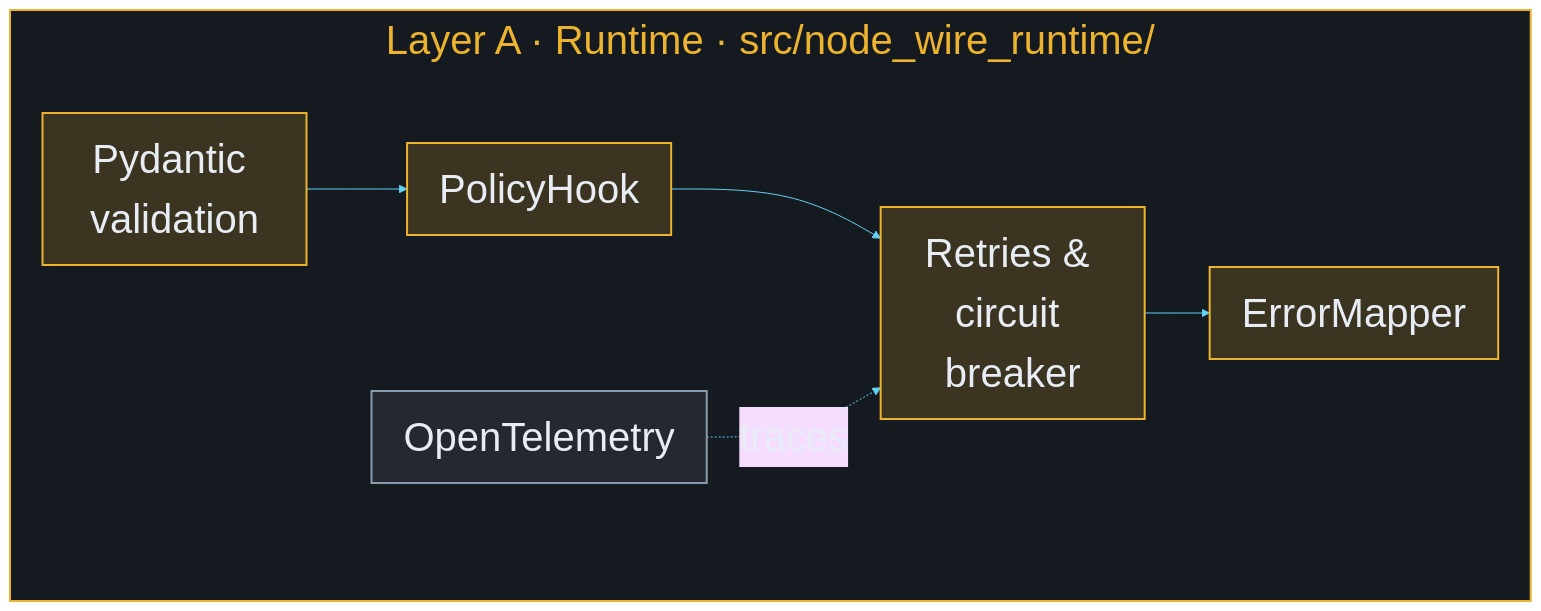
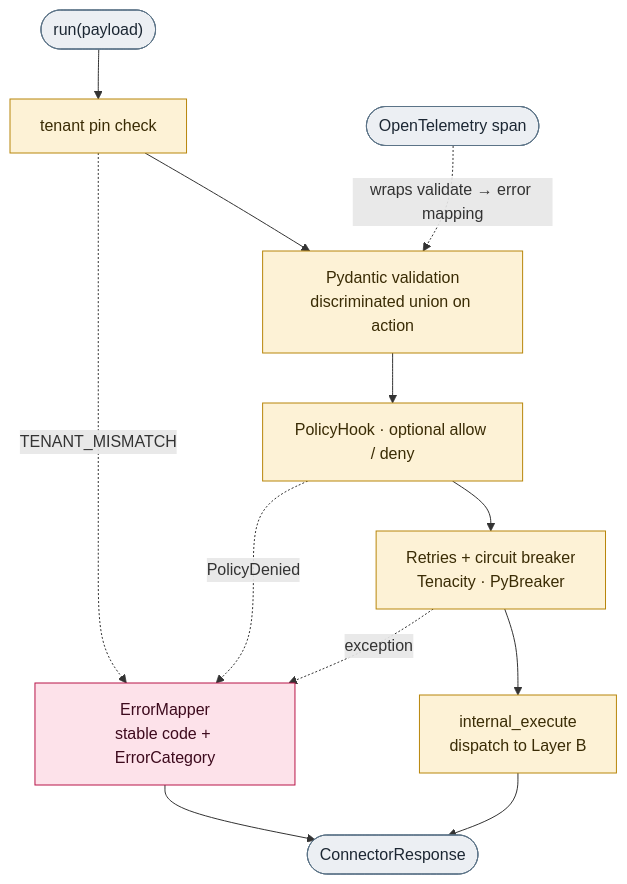
Before and after one commit to AOT-Technologies/node-wire: the third of 3 diagrams in docs/architecture.md, drawn with Mermaid. The commit also changed other lines of this file and 27 other files, not shown here.

````diff
--- a/docs/architecture.md
+++ b/docs/architecture.md
@@ -74,23 +129,27 @@
 ```mermaid
-%%{init: {"theme": "base", "themeVariables": {"fontSize": "40px", "fontFamily": "Inter, system-ui, sans-serif", "primaryTextColor": "#E8EDF5", "lineColor": "#62d2f5"}, "flowchart": {"nodeSpacing": 156, "rankSpacing": 40, "padding": 16}}}%%
-flowchart LR
-    subgraph layerA ["Layer A · Runtime · src/node_wire_runtime/"]
-        direction LR
-        Validate["Pydantic validation"]
-        Policy["PolicyHook"]
-        Resilience["Retries & circuit breaker"]
-        Errors["ErrorMapper"]
-        Otel["OpenTelemetry"]
-    end
+flowchart TB
+    In(["run(payload)"]) --> Pin["tenant pin check"]
+    Pin --> Val
+    Pin -. "TENANT_MISMATCH" .-> Err
 
-    Validate --> Policy
-    Policy --> Resilience
-    Resilience --> Errors
-    Otel -. "traces" .-> Resilience
+    Val["Pydantic validation<br/>discriminated union on action"]
+    Pol["PolicyHook · optional allow / deny"]
+    Res["Retries + circuit breaker<br/>Tenacity · PyBreaker"]
+    Exec["internal_execute<br/>dispatch to Layer B"]
+    Val --> Pol --> Res --> Exec
+    Otel(["OpenTelemetry span"]) -. "wraps validate → error mapping" .-> Val
 
-    classDef runtime fill:#3a3420,stroke:#ecb32e,stroke-width:2px,color:#E8EDF5
-    classDef telemetry fill:#242930,stroke:#8A9BAC,stroke-width:2px,color:#E8EDF5
-    class Validate,Policy,Resilience,Errors runtime
-    class Otel telemetry
-    style layerA fill:#151920,stroke:#ecb32e,stroke-width:2px,color:#ecb32e
+    Err["ErrorMapper<br/>stable code + ErrorCategory"]
+    Pol -. "PolicyDenied" .-> Err
+    Res -. "exception" .-> Err
+    Exec --> Out(["ConnectorResponse"])
+    Err --> Out
+
+    classDef step fill:#fdf2d6,stroke:#b8860b,stroke-width:1px,color:#3a2c05
+    classDef term fill:#eceff3,stroke:#5b7387,stroke-width:1px,color:#1c2733
+    classDef err fill:#fde2ea,stroke:#b81548,stroke-width:1px,color:#3d0a1d
+    class Pin,Val,Pol,Res,Exec step
+    class In,Out term
+    class Err err
+    class Otel term
 ```
````
